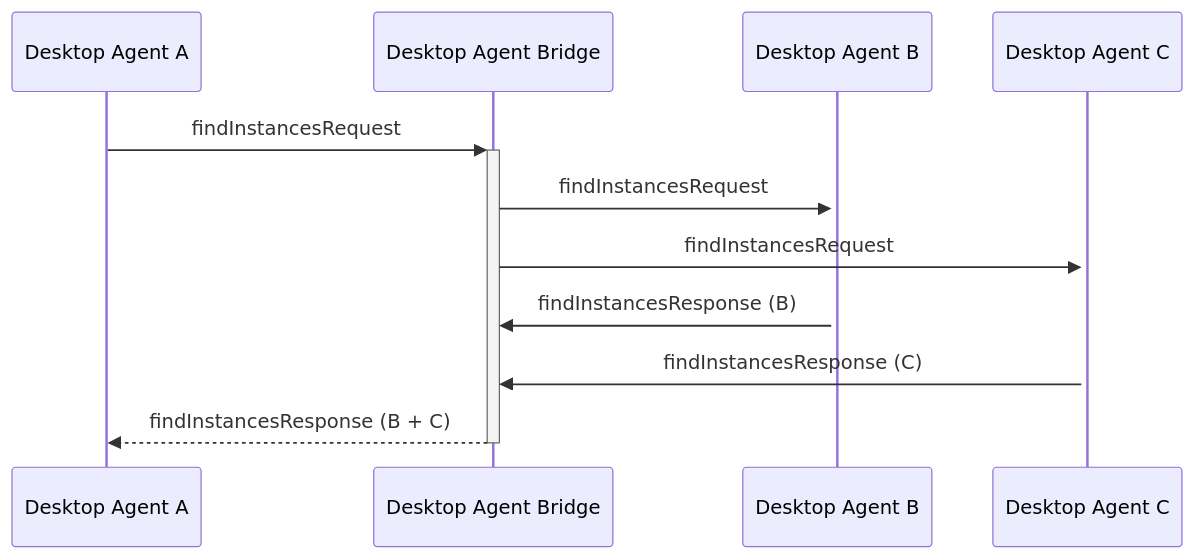
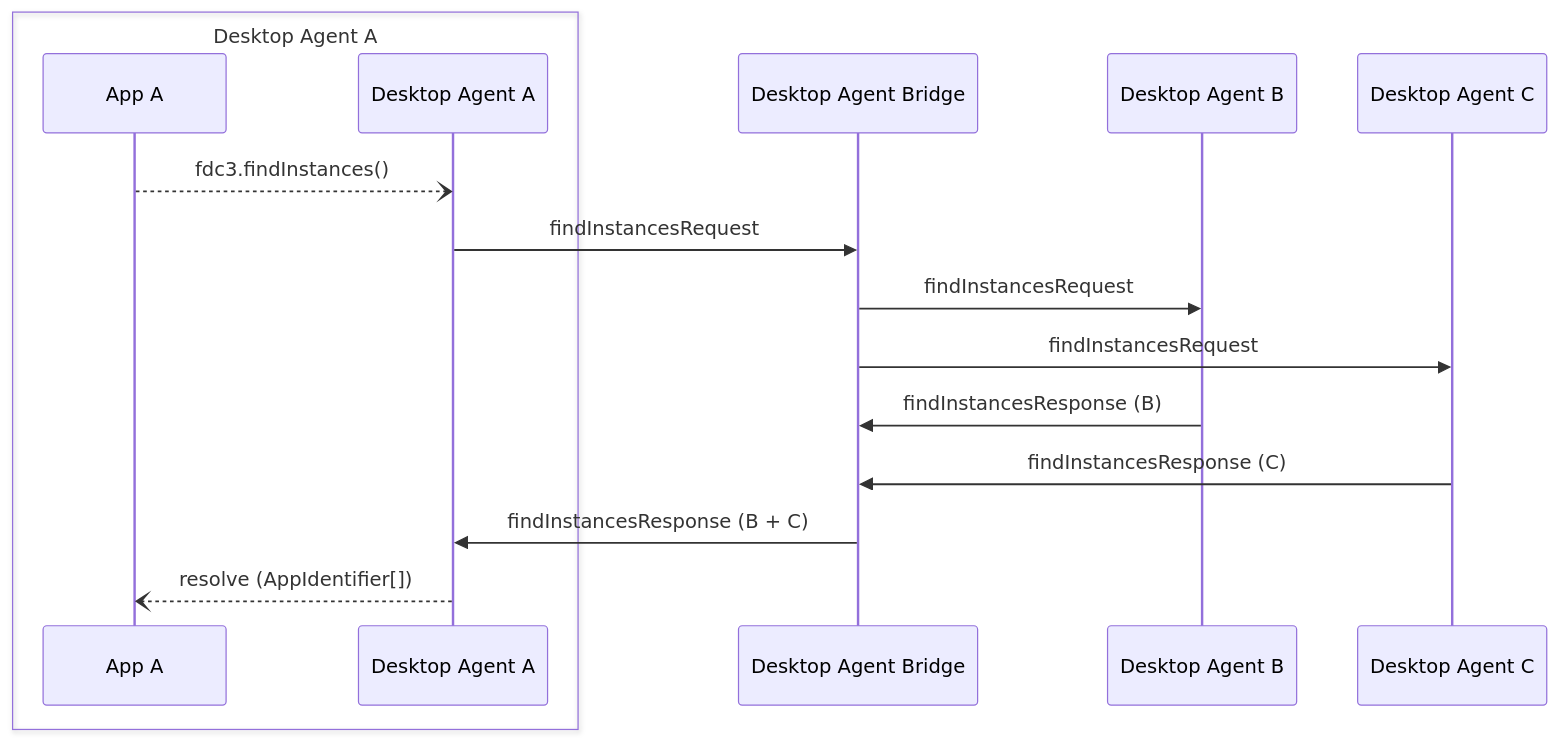
One commit to finos/FDC3 changed the diagram in docs/agent-bridging/ref/findInstances.md. Above: the diagram before and after it, drawn with Mermaid. The commit also changed 12 other files, not shown here.

First line of the commit message:
Add the app to each reference page mermaid diagram to clarify how mes… (#80)

````diff
--- a/docs/agent-bridging/ref/findInstances.md
+++ b/docs/agent-bridging/ref/findInstances.md
@@ -25,13 +25,18 @@
 ```mermaid
 sequenceDiagram
+    box Desktop Agent A
+    participant AA as App A
     participant DA as Desktop Agent A
+    end
     participant DAB as Desktop Agent Bridge
     participant DB as Desktop Agent B
     participant DC as Desktop Agent C
-    DA ->>+ DAB: findInstancesRequest
-    DAB ->>+ DB: findInstancesRequest
-    DAB ->>+ DC: findInstancesRequest
+    AA --) DA: fdc3.findInstances()
+    DA ->> DAB: findInstancesRequest
+    DAB ->> DB: findInstancesRequest
+    DAB ->> DC: findInstancesRequest
     DB ->> DAB: findInstancesResponse (B)
     DC ->> DAB: findInstancesResponse (C)
-    DAB -->>- DA: findInstancesResponse (B + C)
+    DAB ->> DA: findInstancesResponse (B + C)
+    DA --) AA: resolve (AppIdentifier[])
 ```
````
